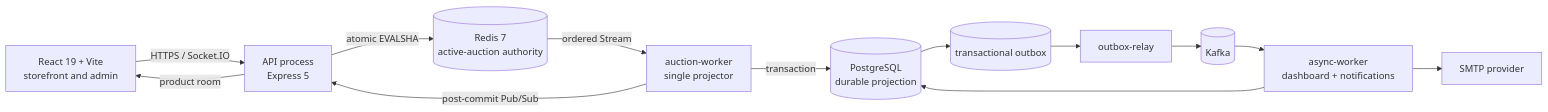
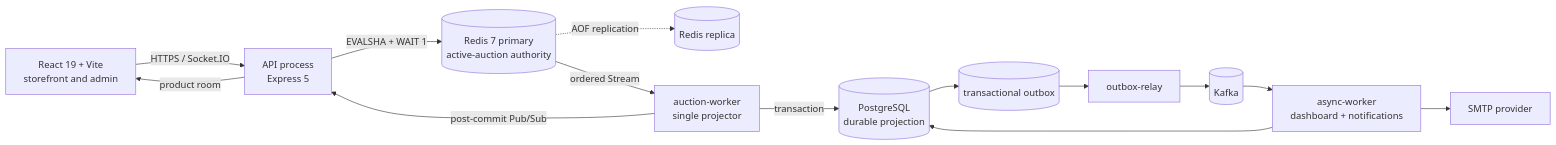
Before and after one commit to KidCute1412/miracle-auction-platform: the first of 2 diagrams in README.md, drawn with Mermaid. The commit also changed other lines of this file and 3 other files, not shown here.

````diff
--- a/README.md
+++ b/README.md
@@ -26,15 +26,16 @@
 ```mermaid
 flowchart LR
     UI["React 19 + Vite<br/>storefront and admin"] -->|HTTPS / Socket.IO| API["API process<br/>Express 5"]
-    API -->|atomic EVALSHA| REDIS[("Redis 7<br/>active-auction authority")]
+    API -->|EVALSHA + WAIT 1| REDIS[("Redis 7 primary<br/>active-auction authority")]
+    REDIS -.->|AOF replication| REPLICA[("Redis replica")]
     REDIS -->|ordered Stream| AW["auction-worker<br/>single projector"]
     AW -->|transaction| PG[("PostgreSQL<br/>durable projection")]
     PG --> OUTBOX[("transactional outbox")]
     OUTBOX --> RELAY["outbox-relay"]
     RELAY --> KAFKA[("Kafka")]
     KAFKA --> ASYNC["async-worker<br/>dashboard + notifications"]
     ASYNC --> PG
     ASYNC --> SMTP["SMTP provider"]
     AW -->|post-commit Pub/Sub| API
     API -->|product room| UI
 ```
````
